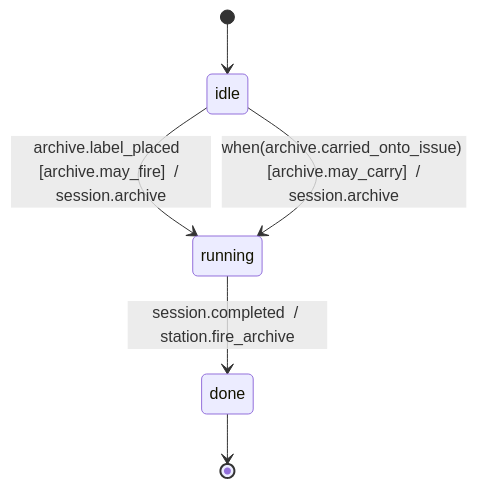
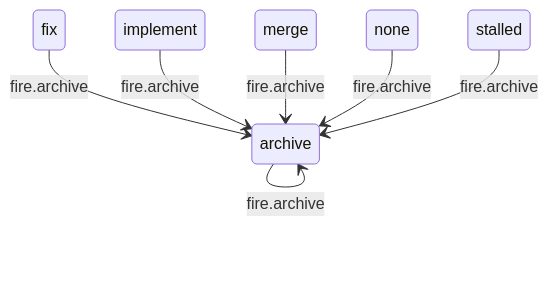
Before and after one commit to kostiantyn-matsebora/agent-ops-operator: the diagram in .github/conveyor-model/mermaid/conveyor_archive.mmd, drawn with Mermaid. The commit also changed 10 other files, not shown here.

First line of the commit message:
fix(conveyor): each conveyor is its own complete workflow, no shared gate table

```diff
--- a/.github/conveyor-model/mermaid/conveyor_archive.mmd
+++ b/.github/conveyor-model/mermaid/conveyor_archive.mmd
@@ -1,6 +1,14 @@
 stateDiagram-v2
-    [*] --> idle
-    idle --> running : archive.label_placed  [archive.may_fire]  / session.archive
-    idle --> running : when(archive.carried_onto_issue)  [archive.may_carry]  / session.archive
-    running --> done : session.completed  / station.fire_archive
-    done --> [*]
+    %% no single initial state: this conveyor's real trigger fires identically from most of its own states (see its own note:)
+    state none
+    state implement
+    state fix
+    state merge
+    state archive
+    state stalled
+    archive --> archive : fire.archive
+    fix --> archive : fire.archive
+    implement --> archive : fire.archive
+    merge --> archive : fire.archive
+    none --> archive : fire.archive
+    stalled --> archive : fire.archive
```
